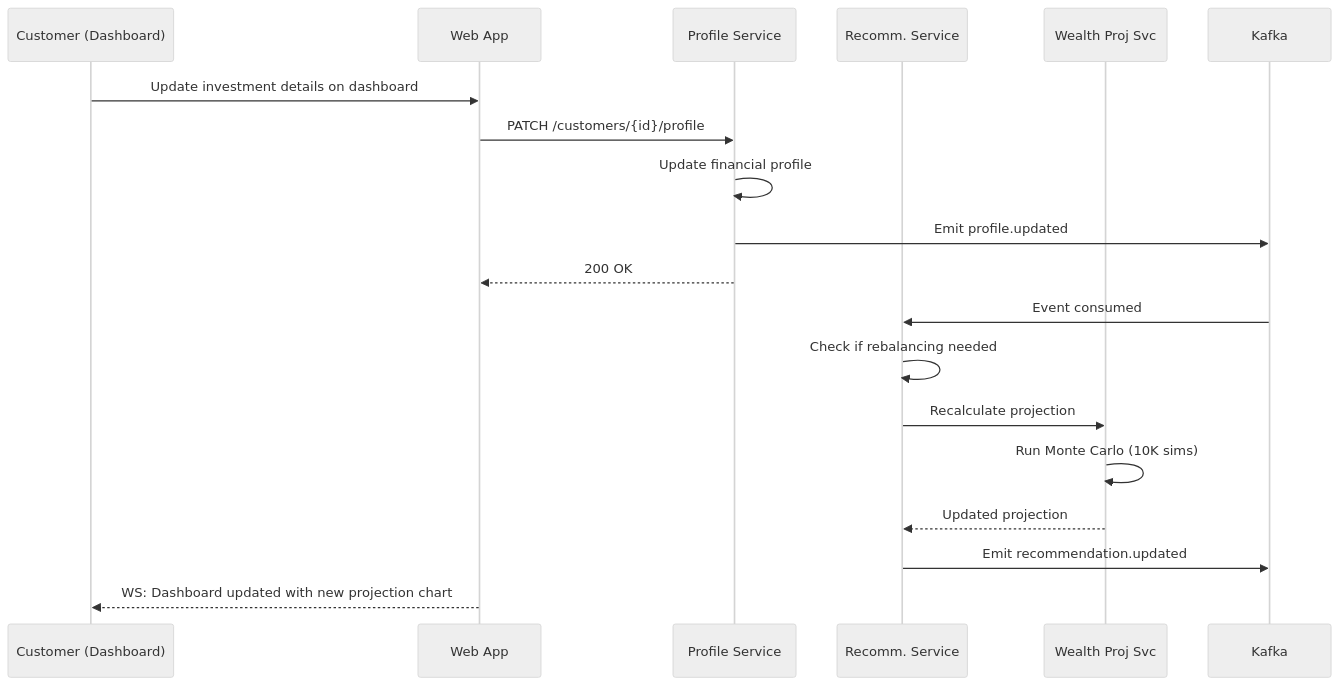
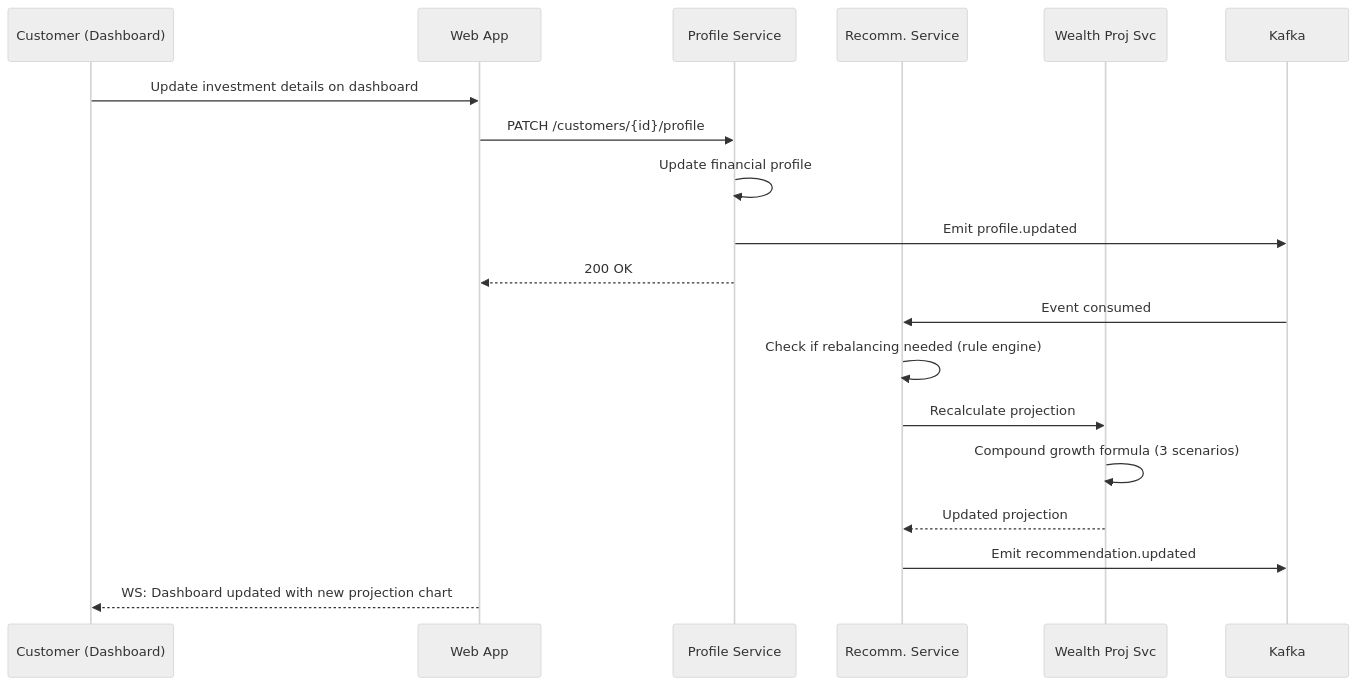
Before and after one commit to Cognition-Partner-Workshops/uc-framework-upgrade-monolith-to-microservices: diagram 14 of 20 in docs/design/05-sequence-diagrams.md, drawn with Mermaid (neutral theme). The commit also changed other lines of this file and 4 other files, not shown here.

````diff
--- a/docs/design/05-sequence-diagrams.md
+++ b/docs/design/05-sequence-diagrams.md
@@ -447,24 +444,24 @@
 ```mermaid
 sequenceDiagram
     participant C as Customer (Dashboard)
     participant W as Web App
     participant PS as Profile Service
     participant REC as Recomm. Service
     participant WP as Wealth Proj Svc
     participant K as Kafka
 
     C->>W: Update investment details on dashboard
     W->>PS: PATCH /customers/{id}/profile
     PS->>PS: Update financial profile
     PS->>K: Emit profile.updated
     PS-->>W: 200 OK
 
     K->>REC: Event consumed
-    REC->>REC: Check if rebalancing needed
+    REC->>REC: Check if rebalancing needed (rule engine)
     REC->>WP: Recalculate projection
-    WP->>WP: Run Monte Carlo (10K sims)
+    WP->>WP: Compound growth formula (3 scenarios)
     WP-->>REC: Updated projection
     REC->>K: Emit recommendation.updated
 
     W-->>C: WS: Dashboard updated with new projection chart
 ```
````
